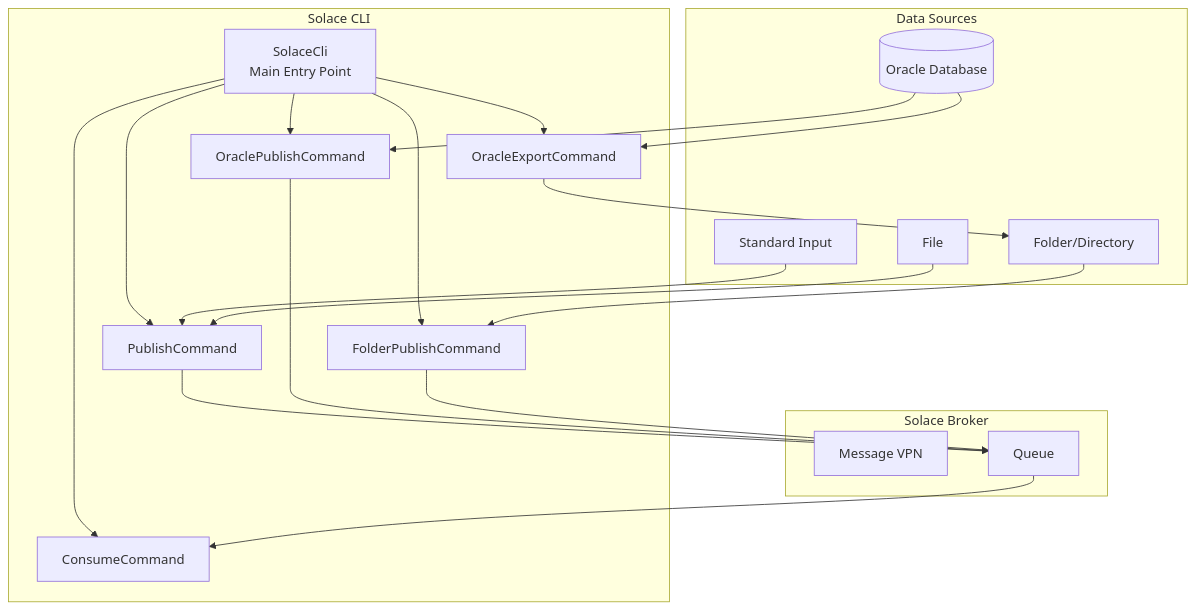
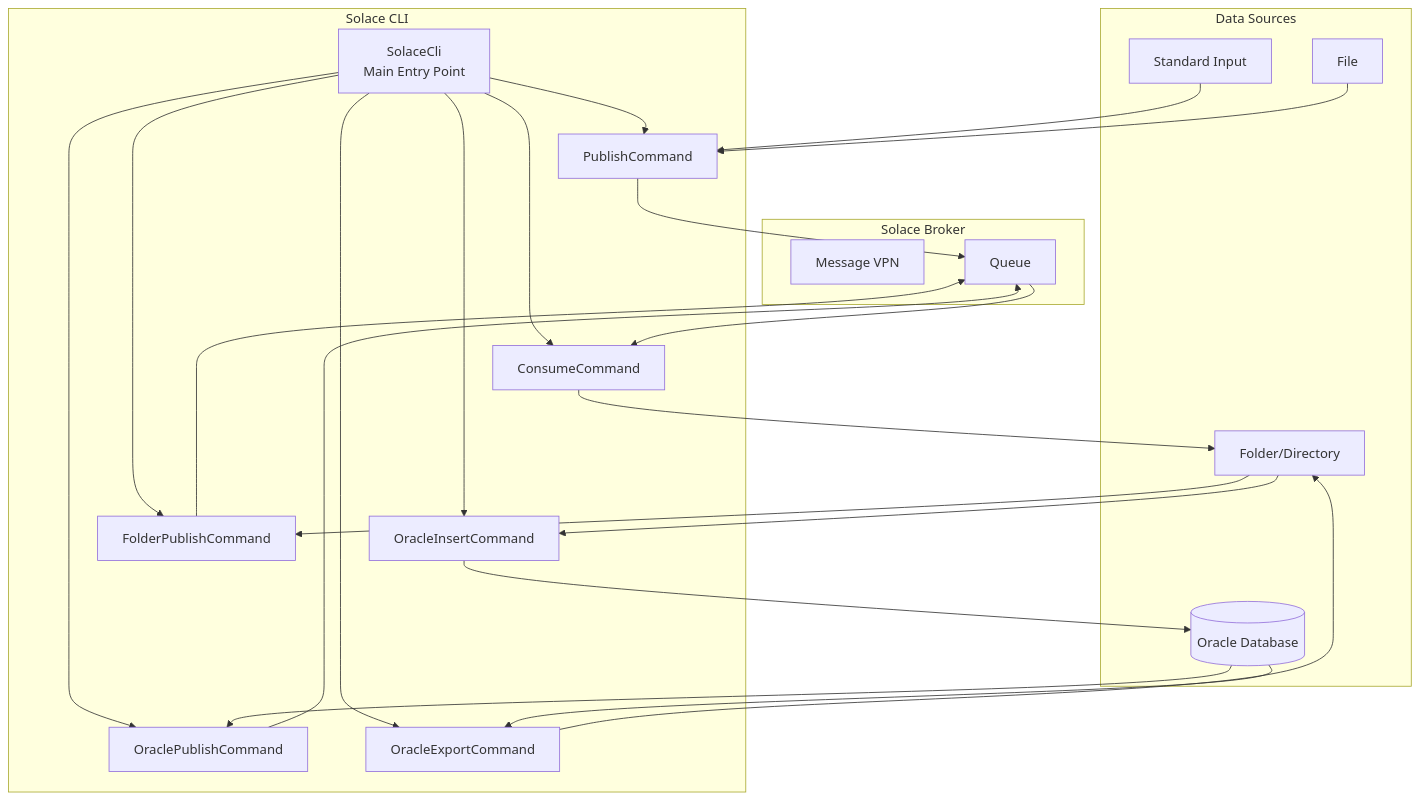
The first of 18 diagrams in README.md (OptimalMatch/reference-java-commandline-oracle-solace), drawn with Mermaid before and after one commit. The commit also changed other lines of this file and 6 other files, not shown here.

First line of the commit message:
Add consume-to-folder and folder-to-Oracle capabilities

````diff
--- a/README.md
+++ b/README.md
@@ -7,41 +7,46 @@
 ```mermaid
 graph TB
     subgraph "Solace CLI"
         CLI[SolaceCli<br/>Main Entry Point]
         PUB[PublishCommand]
         CON[ConsumeCommand]
         ORA[OraclePublishCommand]
         EXP[OracleExportCommand]
+        INS[OracleInsertCommand]
         DIR[FolderPublishCommand]
 
         CLI --> PUB
         CLI --> CON
         CLI --> ORA
         CLI --> EXP
+        CLI --> INS
         CLI --> DIR
     end
 
     subgraph "Data Sources"
         STDIN[Standard Input]
         FILE[File]
         FOLDER[Folder/Directory]
         DB[(Oracle Database)]
     end
 
     subgraph "Solace Broker"
         VPN[Message VPN]
         QUEUE[Queue]
     end
 
     STDIN --> PUB
     FILE --> PUB
     FOLDER --> DIR
+    FOLDER --> INS
     DB --> ORA
     DB --> EXP
     EXP --> FOLDER
+    INS --> DB
+    CON --> FOLDER
 
     PUB --> QUEUE
     ORA --> QUEUE
     DIR --> QUEUE
     QUEUE --> CON
 ```
````
